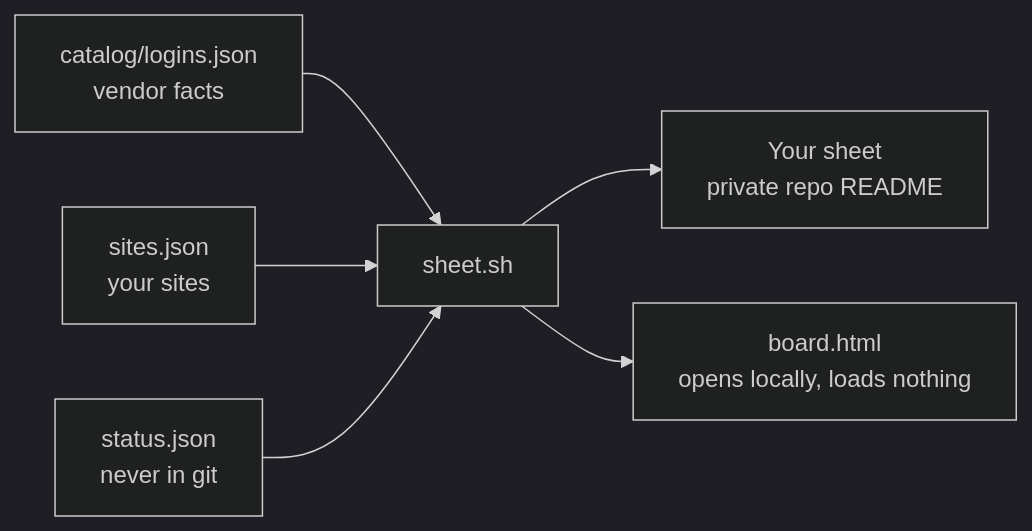
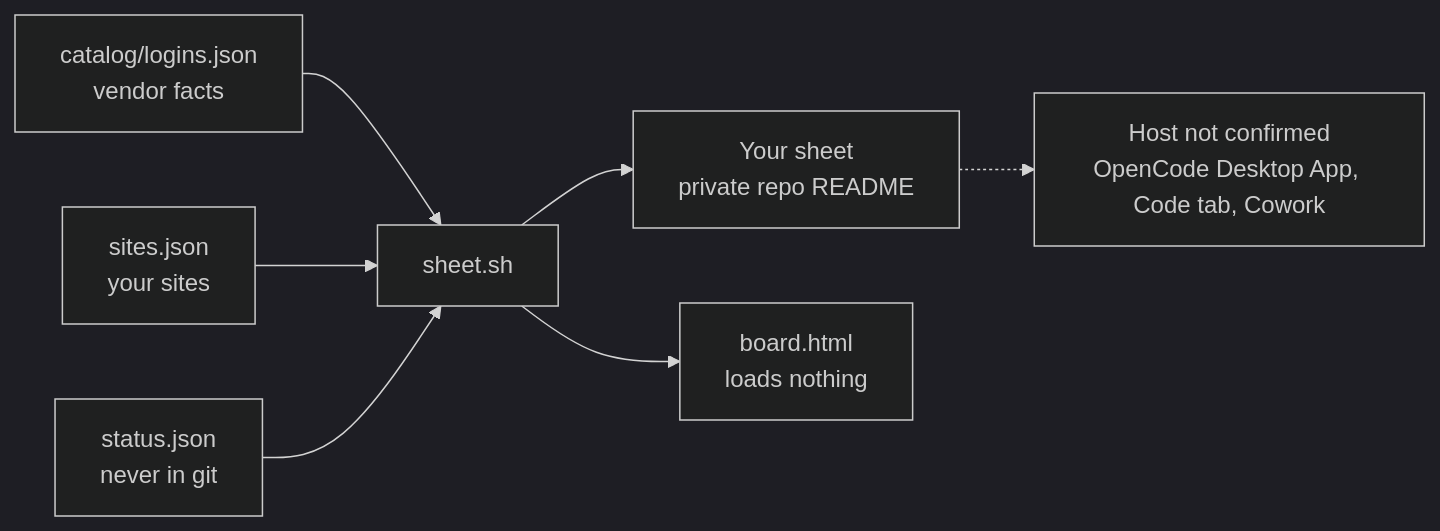
The diagram in guides/logins.md (SoulCraft-Org/compute-crafter), drawn with Mermaid (dark theme) before and after one commit. The commit also changed other lines of this file and 10 other files, not shown here.

````diff
--- a/guides/logins.md
+++ b/guides/logins.md
@@ -5,8 +5,9 @@
 ```mermaid
 flowchart LR
   C[catalog/logins.json<br/>vendor facts] --> S[sheet.sh]
   Y[sites.json<br/>your sites] --> S
+  T[status.json<br/>never in git] --> S
   S --> R[Your sheet<br/>private repo README]
-  T[status.json<br/>never in git] --> S
-  S --> B[board.html<br/>opens locally, loads nothing]
+  S --> B[board.html<br/>loads nothing]
+  R -.-> H[Host not confirmed<br/>OpenCode Desktop App, Code tab, Cowork]
 ```
````
